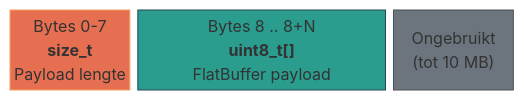
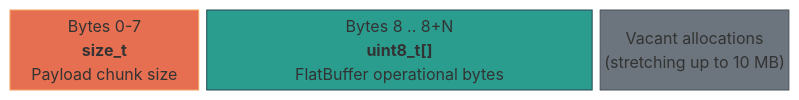
The eighth of 23 diagrams in SharedValueV3_MemMap/ARCHITECTURE.md (snodeplannen/sharedvar), drawn with Mermaid before and after one commit. The commit also changed other lines of this file and 90 other files, not shown here.

````diff
--- a/SharedValueV3_MemMap/ARCHITECTURE.md
+++ b/SharedValueV3_MemMap/ARCHITECTURE.md
@@ -295,11 +295,11 @@
 ```mermaid
 block-beta
     columns 4
-    A["Bytes 0-7<br/><b>size_t</b><br/>Payload lengte"]:1
-    B["Bytes 8 .. 8+N<br/><b>uint8_t[]</b><br/>FlatBuffer payload"]:2
-    C["Ongebruikt<br/>(tot 10 MB)"]:1
+    A["Bytes 0-7<br/><b>size_t</b><br/>Payload chunk size"]:1
+    B["Bytes 8 .. 8+N<br/><b>uint8_t[]</b><br/>FlatBuffer operational bytes"]:2
+    C["Vacant allocations<br/>(stretching up to 10 MB)"]:1
 
     style A fill:#e76f51,stroke:#f4a261,color:#fff
     style B fill:#2a9d8f,stroke:#264653,color:#fff
     style C fill:#6c757d,stroke:#495057,color:#dee2e6
 ```
````
